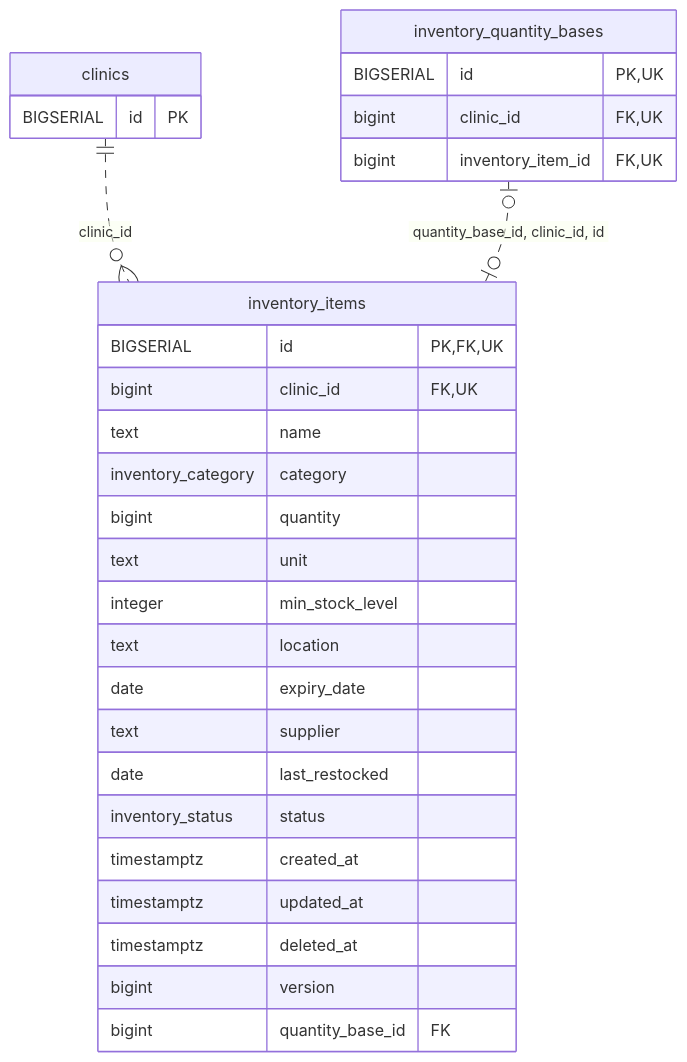
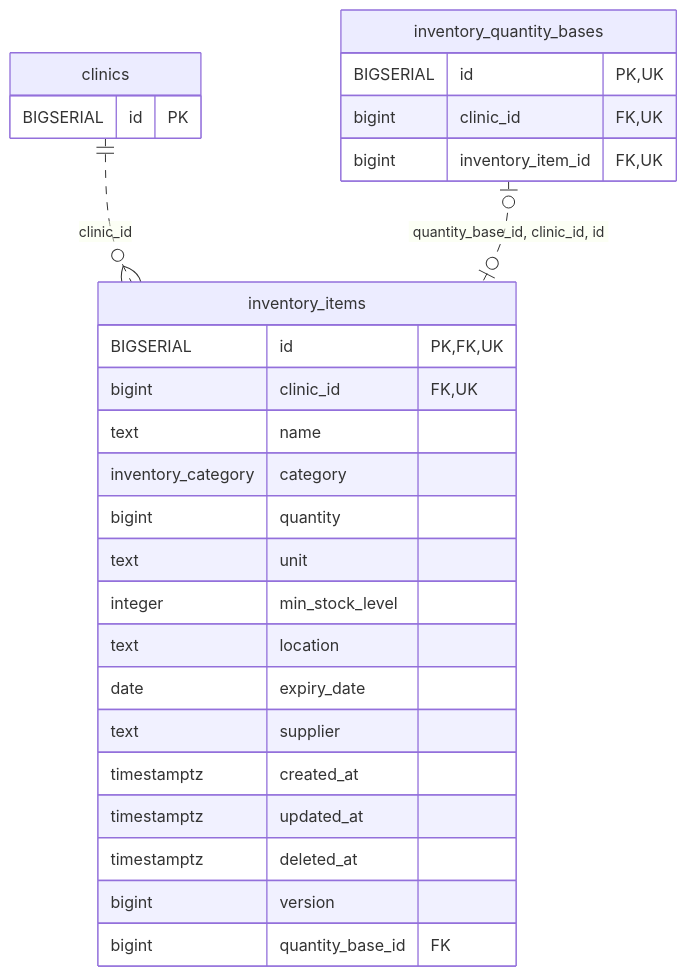
Before and after one commit to MinoruSoga/AnimalEkarte: the diagram in docs/architecture/erd-detail/inventory_items.md, drawn with Mermaid. The commit also changed other lines of this file and 147 other files, not shown here.

````diff
--- a/docs/architecture/erd-detail/inventory_items.md
+++ b/docs/architecture/erd-detail/inventory_items.md
@@ -40,32 +38,30 @@
 ```mermaid
 erDiagram
     inventory_items {
         BIGSERIAL id PK,FK,UK
         bigint clinic_id FK,UK
         text name
         inventory_category category
         bigint quantity
         text unit
         integer min_stock_level
         text location
         date expiry_date
         text supplier
-        date last_restocked
-        inventory_status status
         timestamptz created_at
         timestamptz updated_at
         timestamptz deleted_at
         bigint version
         bigint quantity_base_id FK
     }
     clinics {
         BIGSERIAL id PK
     }
     inventory_quantity_bases {
         BIGSERIAL id PK,UK
         bigint clinic_id FK,UK
         bigint inventory_item_id FK,UK
     }
     clinics ||..o{ inventory_items : "clinic_id"
     inventory_quantity_bases o|..o| inventory_items : "quantity_base_id, clinic_id, id"
 ```
````
